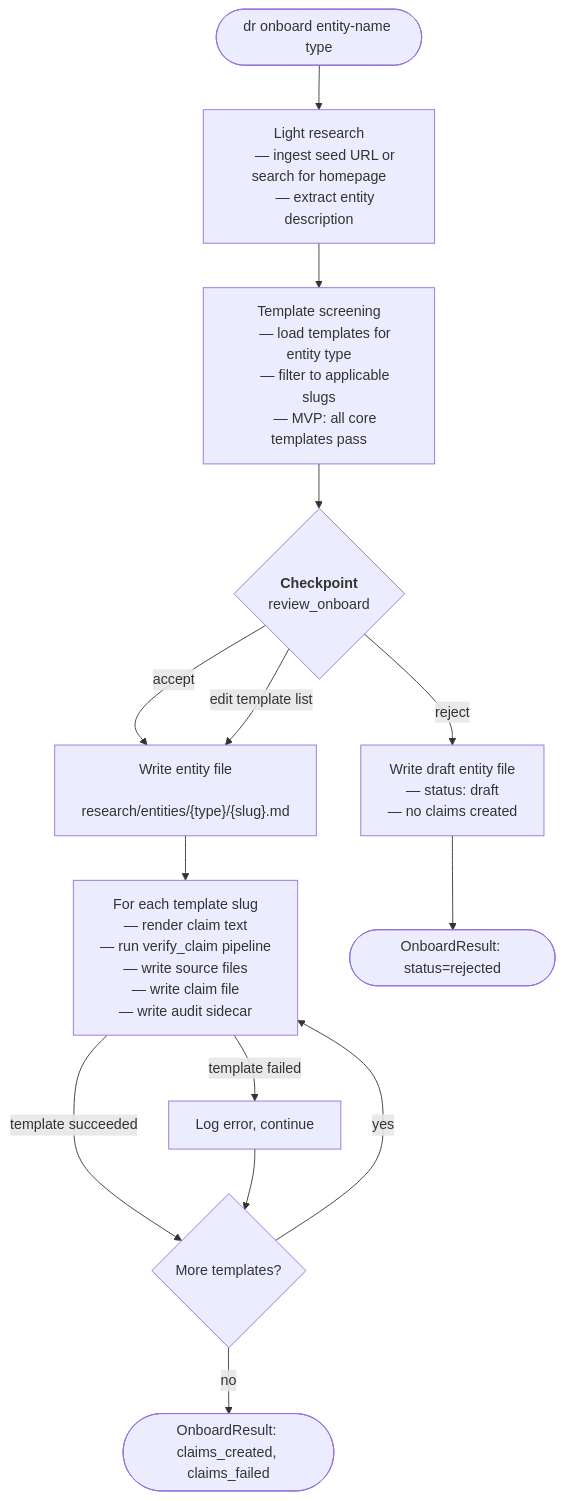
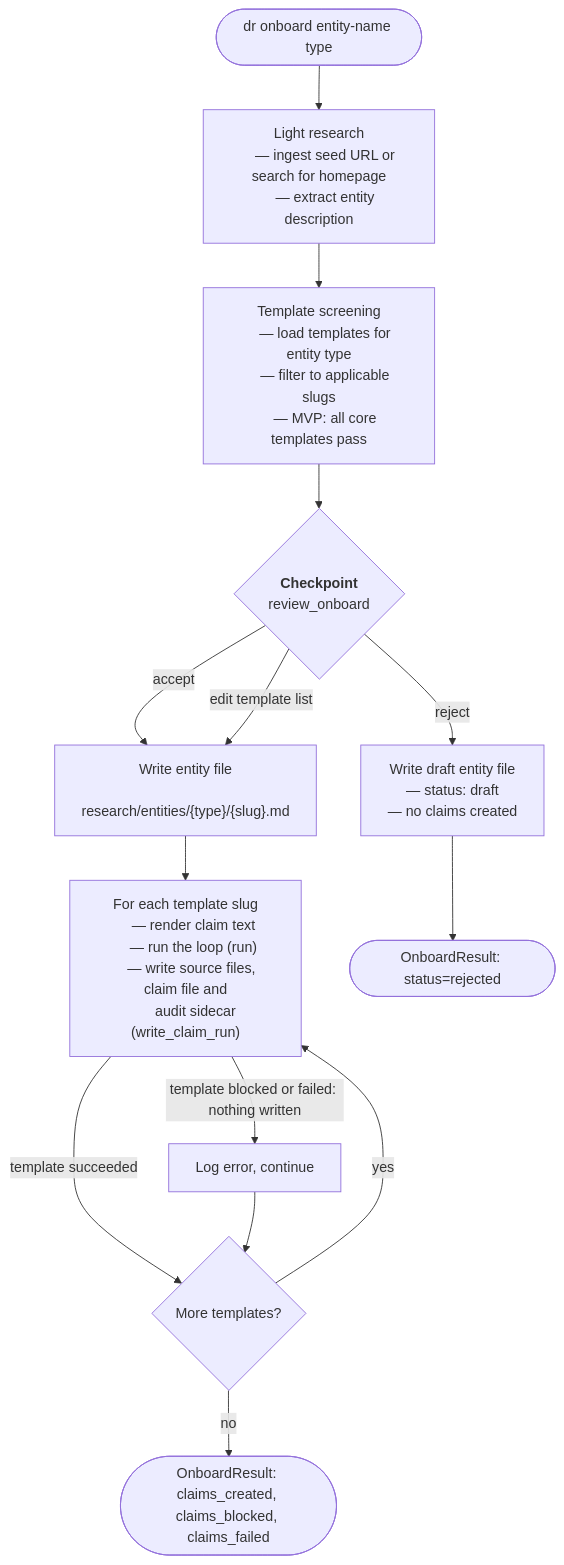
One commit to dangerous-robot/site changed the fourth of 6 diagrams in docs/architecture/research-flow.md. Above: the diagram before and after it, drawn with Mermaid. The commit also changed other lines of this file and 59 other files, not shown here.

````diff
--- a/docs/architecture/research-flow.md
+++ b/docs/architecture/research-flow.md
@@ -128,43 +124,42 @@
 ```mermaid
 flowchart TD
     IN([dr onboard entity-name type]) --> LR
 
     LR["Light research
     — ingest seed URL or search for homepage
     — extract entity description"]
     LR --> TS
 
     TS["Template screening
     — load templates for entity type
     — filter to applicable slugs
     — MVP: all core templates pass"]
     TS --> CP
 
     CP{"`**Checkpoint**
     review_onboard`"}
     CP -->|reject| DRAFT["Write draft entity file
     — status: draft
     — no claims created"]
     CP -->|accept| WE
     CP -->|edit template list| WE
 
     WE["Write entity file
     research/entities/{type}/{slug}.md"]
     WE --> LOOP
 
     LOOP["For each template slug
     — render claim text
-    — run verify_claim pipeline
-    — write source files
-    — write claim file
-    — write audit sidecar"]
+    — run the loop (run)
+    — write source files, claim file and
+      audit sidecar (write_claim_run)"]
 
     LOOP -->|template succeeded| NEXT{More templates?}
-    LOOP -->|template failed| FERR[Log error, continue]
+    LOOP -->|template blocked or failed: nothing written| FERR[Log error, continue]
     FERR --> NEXT
     NEXT -->|yes| LOOP
     NEXT -->|no| DONE
 
-    DONE([OnboardResult: claims_created, claims_failed])
+    DONE([OnboardResult: claims_created, claims_blocked, claims_failed])
     DRAFT --> DONE2([OnboardResult: status=rejected])
 ```
````
